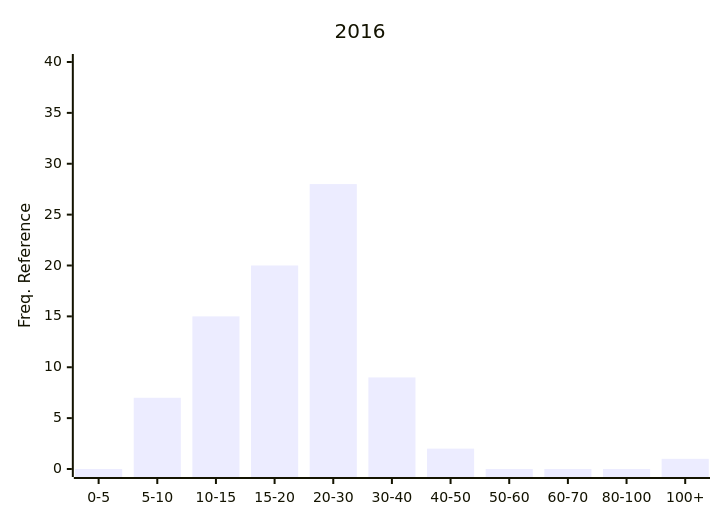
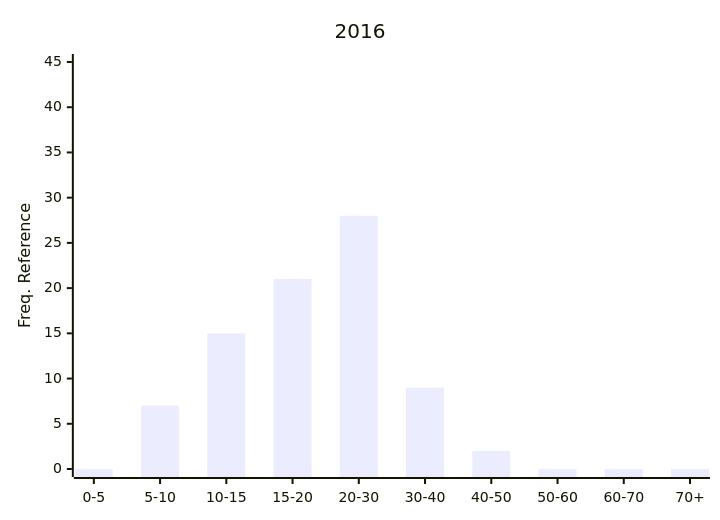
One commit to Nemus-Project/fair-nime-2026 changed diagram 20 of 29 in README.md. Above: the diagram before and after it, drawn with Mermaid. The commit also changed other lines of this file, not shown here.

Commit message:
add freq charts

````diff
--- a/README.md
+++ b/README.md
@@ -610,7 +613,7 @@
 ```mermaid
 xychart-beta
     title "2016"
-    x-axis ["0-5", "5-10", "10-15", "15-20", "20-30", "30-40", "40-50", "50-60", "60-70", "80-100", "100+"]
-    y-axis "Freq. Reference" 0 --> 40
-    bar [0, 7, 15, 20, 28, 9, 2, 0, 0, 0, 1]
+    x-axis ["0-5", "5-10", "10-15", "15-20", "20-30", "30-40", "40-50", "50-60", "60-70", "70+"]
+    y-axis "Freq. Reference" 0 --> 45
+    bar [0, 7, 15, 21, 28, 9, 2, 0, 0, 0]
 ```    
````
